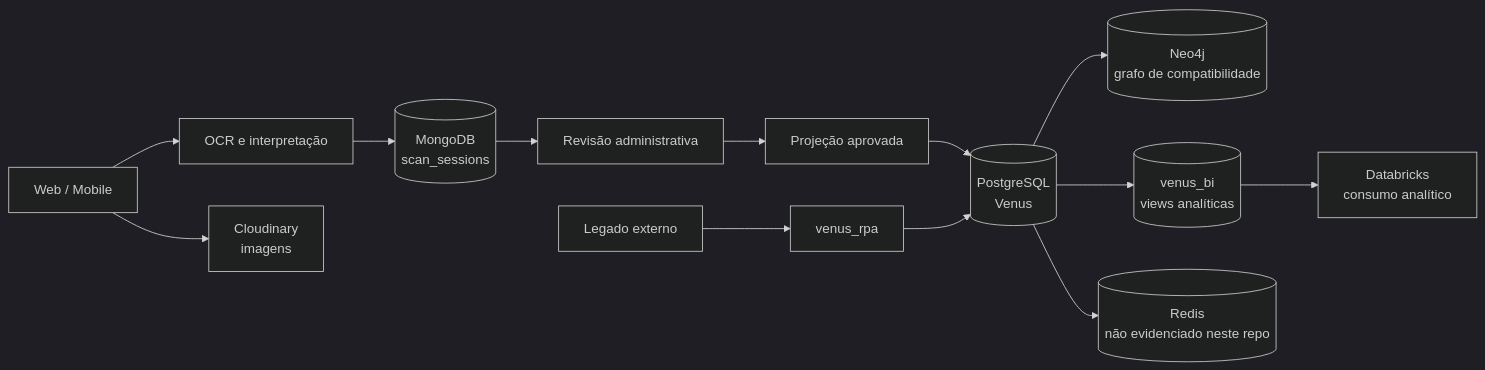
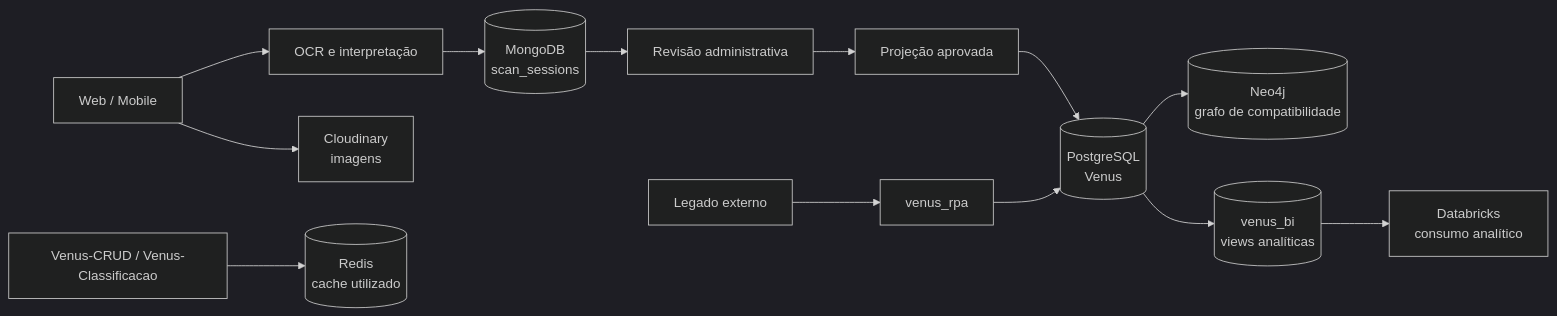
One commit to Venus-System/Venus-Banco changed the diagram in docs/arquitetura-dados/README.md. Above: the diagram before and after it, drawn with Mermaid (dark theme). The commit also changed other lines of this file, not shown here.

First line of the commit message:
docs: corrigindo arquitetura de dados do Redis

````diff
--- a/docs/arquitetura-dados/README.md
+++ b/docs/arquitetura-dados/README.md
@@ -15,15 +20,15 @@
 ```mermaid
 flowchart LR
     C[Web / Mobile] --> I[OCR e interpretação]
     C --> M[Cloudinary\n imagens]
     I --> MDB[(MongoDB\n scan_sessions)]
     MDB --> R[Revisão administrativa]
     R --> P[Projeção aprovada]
     P --> PG[(PostgreSQL\n Venus)]
     PG --> N[(Neo4j\n grafo de compatibilidade)]
     PG --> BI[(venus_bi\n views analíticas)]
     BI --> D[Databricks\n consumo analítico]
-    PG --> CACHE[(Redis\n não evidenciado neste repo)]
+    APPS[Venus-CRUD / Venus-Classificacao] --> CACHE[(Redis\n cache utilizado)]
     L[Legado externo] --> RPA[venus_rpa]
     RPA --> PG
 ```
````
